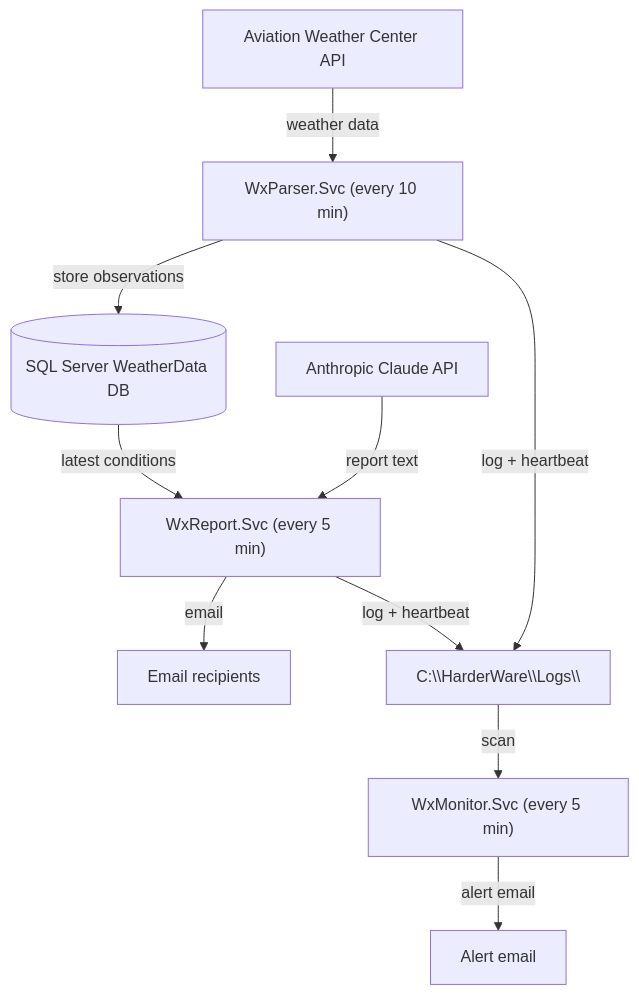
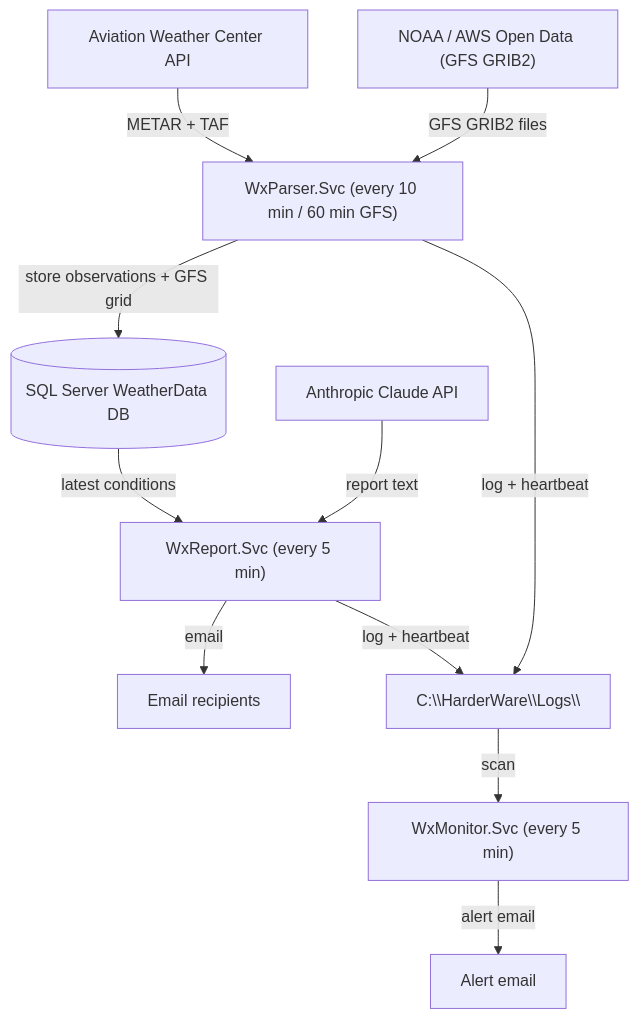
One commit to PaulHarder2/HarderWare changed the first of 8 diagrams in WxServices/DESIGN.md. Above: the diagram before and after it, drawn with Mermaid. The commit also changed other lines of this file and 43 other files, not shown here.

````diff
--- a/WxServices/DESIGN.md
+++ b/WxServices/DESIGN.md
@@ -60,25 +61,27 @@
 ```mermaid
 flowchart TD
     AWC["Aviation Weather Center API"]
     DB[("SQL Server WeatherData DB")]
     CLAUDE["Anthropic Claude API"]
     RECIPIENTS["Email recipients"]
     ALERTS["Alert email"]
     LOGS["C:\\HarderWare\\Logs\\"]
 
-    PARSER["WxParser.Svc (every 10 min)"]
+    NOMADS["NOAA / AWS Open Data (GFS GRIB2)"]
+    PARSER["WxParser.Svc (every 10 min / 60 min GFS)"]
     REPORT["WxReport.Svc (every 5 min)"]
     MONITOR["WxMonitor.Svc (every 5 min)"]
 
-    AWC -->|weather data| PARSER
-    PARSER -->|store observations| DB
+    AWC -->|METAR + TAF| PARSER
+    NOMADS -->|GFS GRIB2 files| PARSER
+    PARSER -->|store observations + GFS grid| DB
     PARSER -->|log + heartbeat| LOGS
 
     DB -->|latest conditions| REPORT
     CLAUDE -->|report text| REPORT
     REPORT -->|email| RECIPIENTS
     REPORT -->|log + heartbeat| LOGS
 
     LOGS -->|scan| MONITOR
     MONITOR -->|alert email| ALERTS
 ```
````
